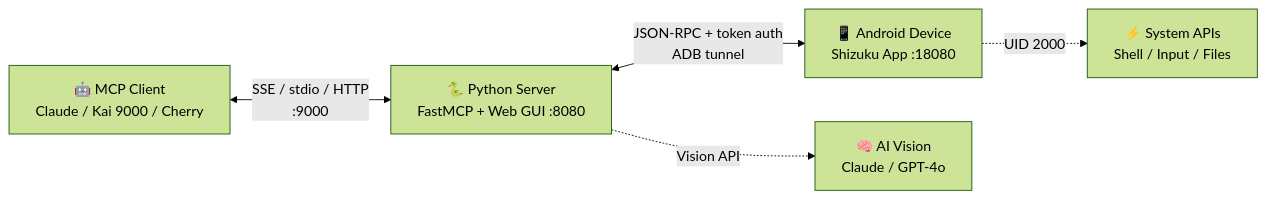
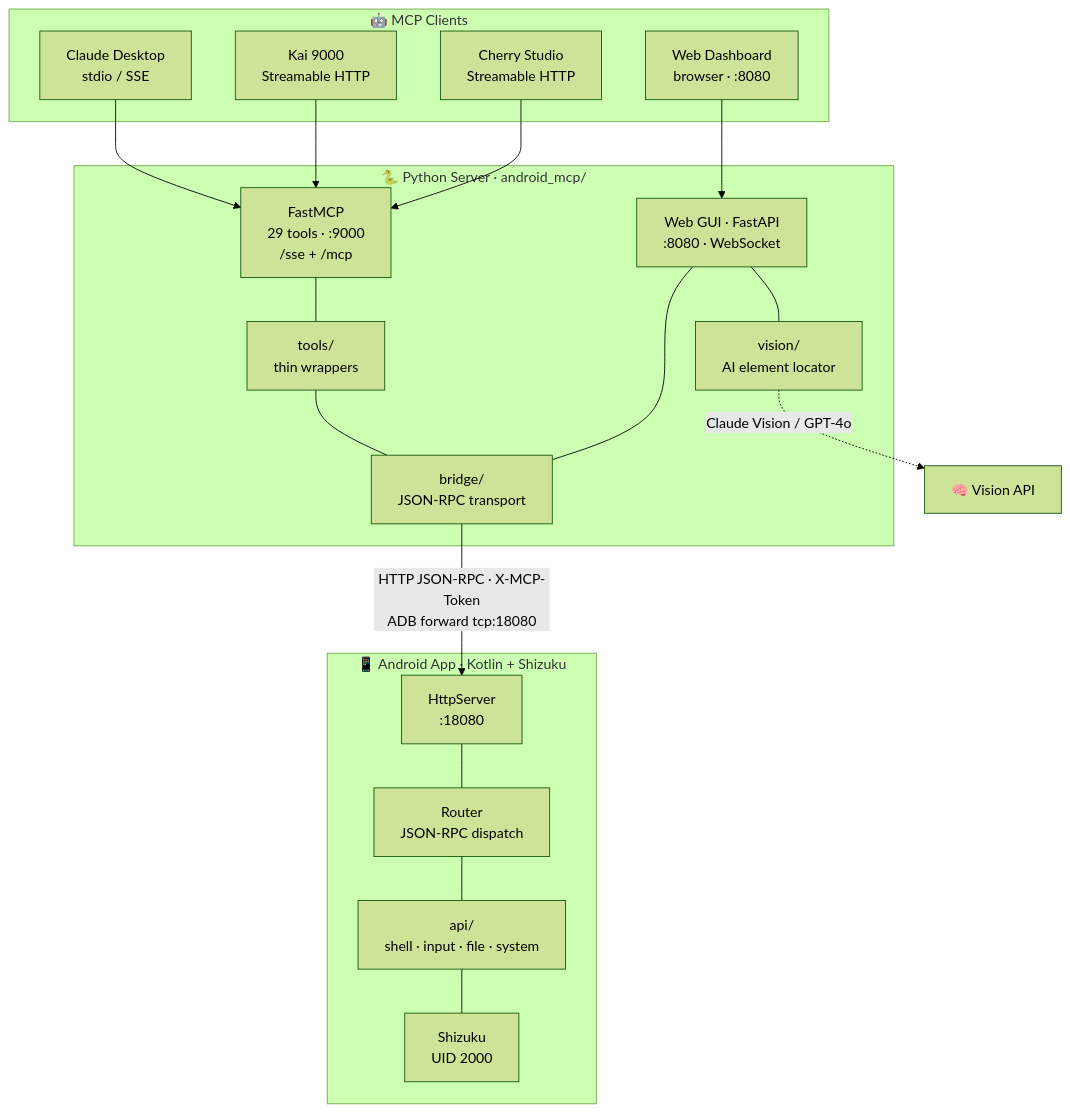
One commit to shuao-pro/android-mcp changed the diagram in README.md. Above: the diagram before and after it, drawn with Mermaid (forest theme). The commit also changed other lines of this file and 1 other file, not shown here.

Commit message:
docs: expand architecture section in READMEs

````diff
--- a/README.md
+++ b/README.md
@@ -24,12 +26,38 @@
 ```mermaid
-flowchart LR
-    A["🤖 MCP Client<br/>Claude / Kai 9000 / Cherry"]
-    B["🐍 Python Server<br/>FastMCP + Web GUI :8080"]
-    C["📱 Android Device<br/>Shizuku App :18080"]
+flowchart TB
+    subgraph CLIENTS["🤖 MCP Clients"]
+        C1["Claude Desktop<br/>stdio / SSE"]
+        C2["Kai 9000<br/>Streamable HTTP"]
+        C3["Cherry Studio<br/>Streamable HTTP"]
+        C4["Web Dashboard<br/>browser · :8080"]
+    end
 
-    A <-->|"SSE / stdio / HTTP<br/>:9000"| B
-    B <-->|"JSON-RPC + token auth<br/>ADB tunnel"| C
+    subgraph SERVER["🐍 Python Server · android_mcp/"]
+        S1["FastMCP<br/>29 tools · :9000<br/>/sse + /mcp"]
+        S2["Web GUI · FastAPI<br/>:8080 · WebSocket"]
+        S3["tools/<br/>thin wrappers"]
+        S4["bridge/<br/>JSON-RPC transport"]
+        S5["vision/<br/>AI element locator"]
+        S1 --- S3
+        S3 --- S4
+        S2 --- S4
+        S2 --- S5
+    end
 
-    B -.->|"Vision API"| D["🧠 AI Vision<br/>Claude / GPT-4o"]
-    C -.->|"UID 2000"| E["⚡ System APIs<br/>Shell / Input / Files"]
+    subgraph PHONE["📱 Android App · Kotlin + Shizuku"]
+        P1["HttpServer<br/>:18080"]
+        P2["Router<br/>JSON-RPC dispatch"]
+        P3["api/<br/>shell · input · file · system"]
+        P4["Shizuku<br/>UID 2000"]
+        P1 --- P2
+        P2 --- P3
+        P3 --- P4
+    end
+
+    C1 --> S1
+    C2 --> S1
+    C3 --> S1
+    C4 --> S2
+    S4 -->|"HTTP JSON-RPC · X-MCP-Token<br/>ADB forward tcp:18080"| P1
+    S5 -.->|"Claude Vision / GPT-4o"| V["🧠 Vision API"]
 ```
````
